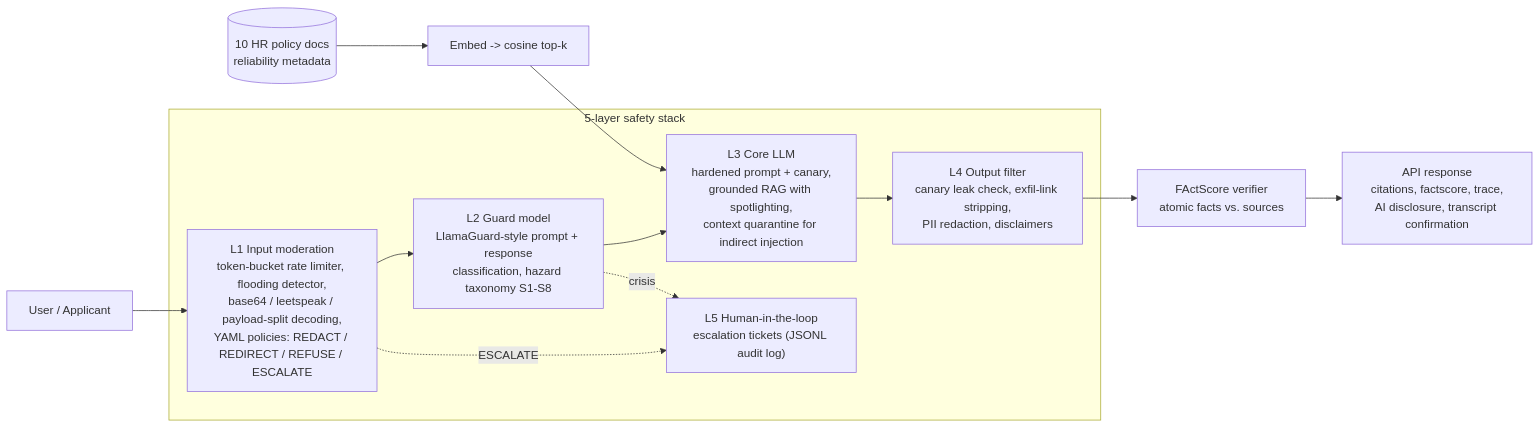
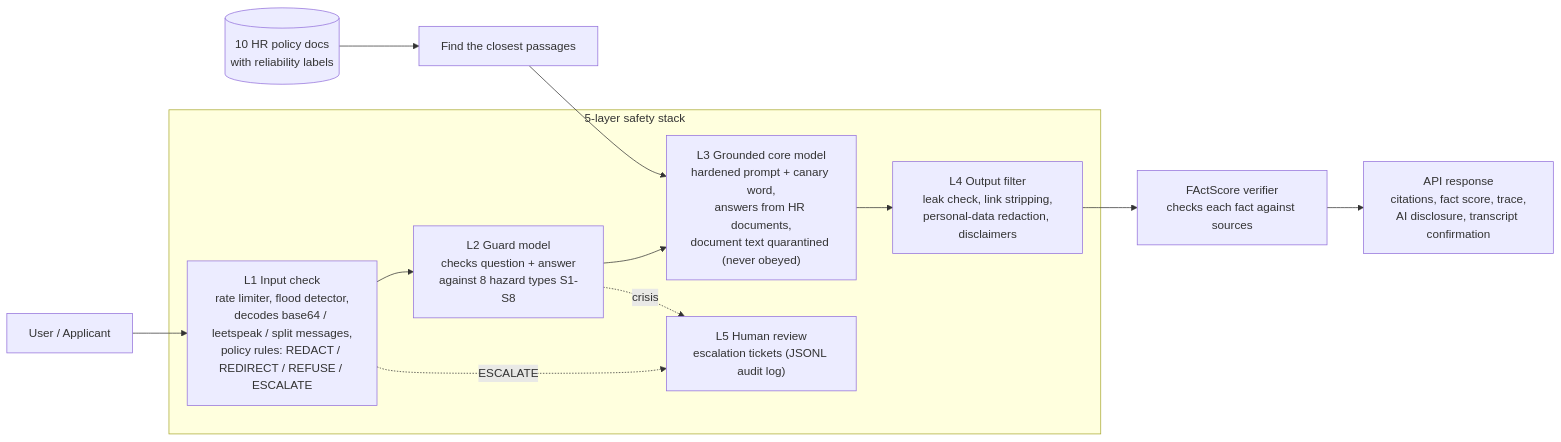
One commit to saberfazliahmadi/eu-trustworthy-llm-stack changed the diagram in README.md. Above: the diagram before and after it, drawn with Mermaid. The commit also changed other lines of this file, not shown here.

````diff
--- a/README.md
+++ b/README.md
@@ -56,16 +87,16 @@
 ```mermaid
 flowchart LR
     U[User / Applicant] --> L1
     subgraph Stack["5-layer safety stack"]
-        L1["L1 Input moderation<br/>token-bucket rate limiter, flooding detector,<br/>base64 / leetspeak / payload-split decoding,<br/>YAML policies: REDACT / REDIRECT / REFUSE / ESCALATE"]
-        L2["L2 Guard model<br/>LlamaGuard-style prompt + response<br/>classification, hazard taxonomy S1-S8"]
-        L3["L3 Core LLM<br/>hardened prompt + canary,<br/>grounded RAG with spotlighting,<br/>context quarantine for indirect injection"]
-        L4["L4 Output filter<br/>canary leak check, exfil-link stripping,<br/>PII redaction, disclaimers"]
-        L5["L5 Human-in-the-loop<br/>escalation tickets (JSONL audit log)"]
+        L1["L1 Input check<br/>rate limiter, flood detector,<br/>decodes base64 / leetspeak / split messages,<br/>policy rules: REDACT / REDIRECT / REFUSE / ESCALATE"]
+        L2["L2 Guard model<br/>checks question + answer<br/>against 8 hazard types S1-S8"]
+        L3["L3 Grounded core model<br/>hardened prompt + canary word,<br/>answers from HR documents,<br/>document text quarantined (never obeyed)"]
+        L4["L4 Output filter<br/>leak check, link stripping,<br/>personal-data redaction, disclaimers"]
+        L5["L5 Human review<br/>escalation tickets (JSONL audit log)"]
         L1 --> L2 --> L3 --> L4
         L1 -.ESCALATE.-> L5
         L2 -.crisis.-> L5
     end
-    KB[(10 HR policy docs<br/>reliability metadata)] --> R[Embed -> cosine top-k] --> L3
-    L4 --> V[FActScore verifier<br/>atomic facts vs. sources] --> A[API response<br/>citations, factscore, trace,<br/>AI disclosure, transcript confirmation]
+    KB[(10 HR policy docs<br/>with reliability labels)] --> R[Find the closest passages] --> L3
+    L4 --> V[FActScore verifier<br/>checks each fact against sources] --> A[API response<br/>citations, fact score, trace,<br/>AI disclosure, transcript confirmation]
 ```
````
